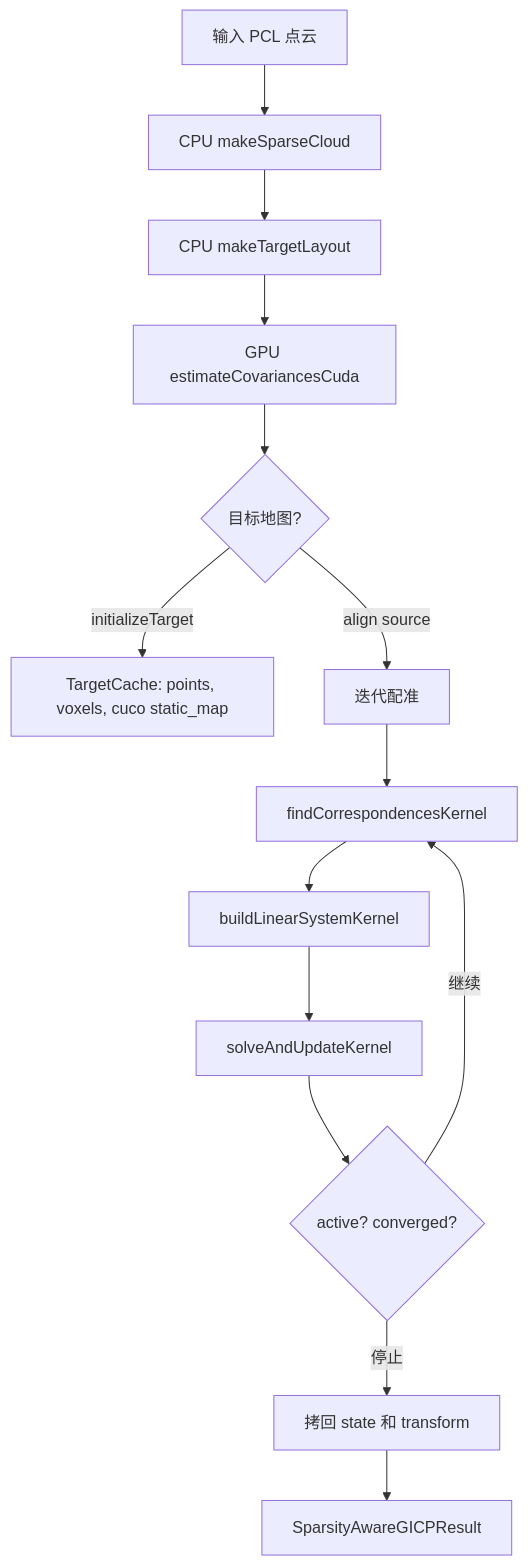
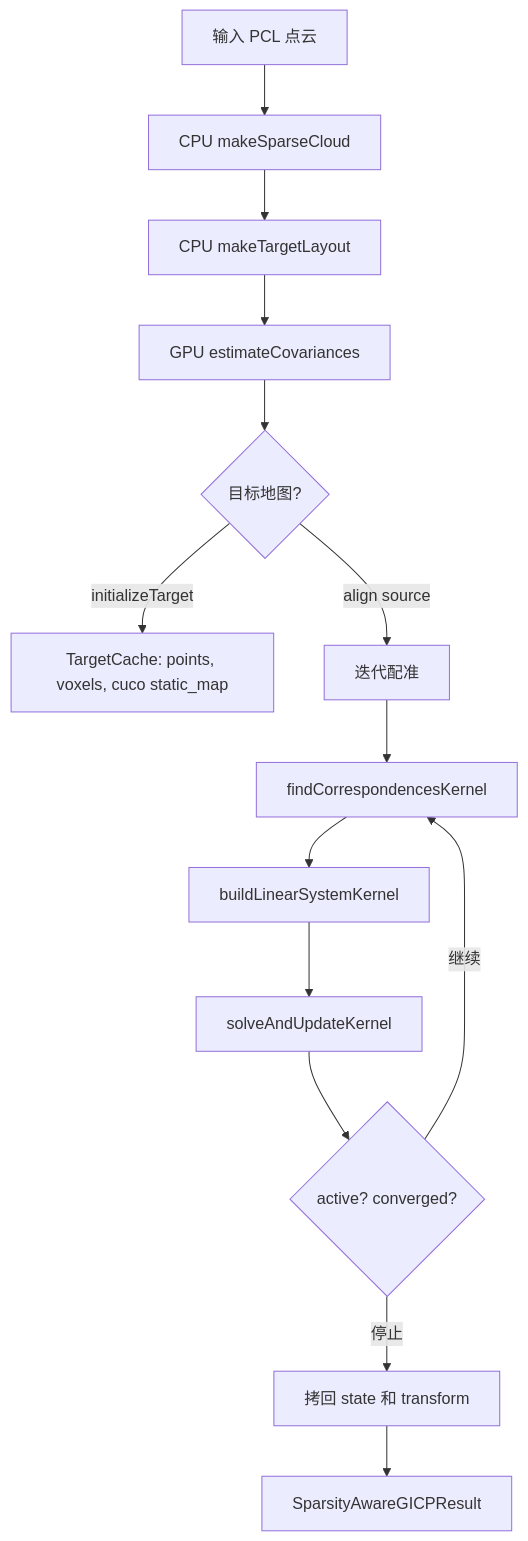
One commit to AventLone/CageStack_IBVS changed the diagram in trailer_localization/packages/perception/docs/SparsityAwareGICP_algorithm.md. Above: the diagram before and after it, drawn with Mermaid. The commit also changed other lines of this file and 7 other files, not shown here.

````diff
--- a/trailer_localization/packages/perception/docs/SparsityAwareGICP_algorithm.md
+++ b/trailer_localization/packages/perception/docs/SparsityAwareGICP_algorithm.md
@@ -100,18 +102,18 @@
 ```mermaid
 flowchart TD
     A[输入 PCL 点云] --> B[CPU makeSparseCloud]
     B --> C[CPU makeTargetLayout]
-    C --> D[GPU estimateCovariancesCuda]
+    C --> D[GPU estimateCovariances]
 
     D --> E{目标地图?}
     E -->|initializeTarget| F[TargetCache: points, voxels, cuco static_map]
     E -->|align source| G[迭代配准]
 
     G --> H[findCorrespondencesKernel]
     H --> I[buildLinearSystemKernel]
     I --> J[solveAndUpdateKernel]
     J --> K{active? converged?}
     K -->|继续| H
     K -->|停止| L[拷回 state 和 transform]
     L --> M[SparsityAwareGICPResult]
 ```
````
